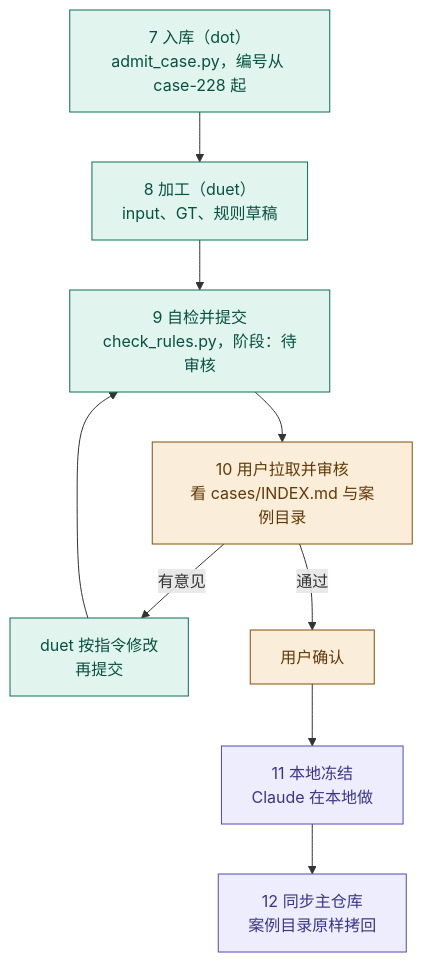
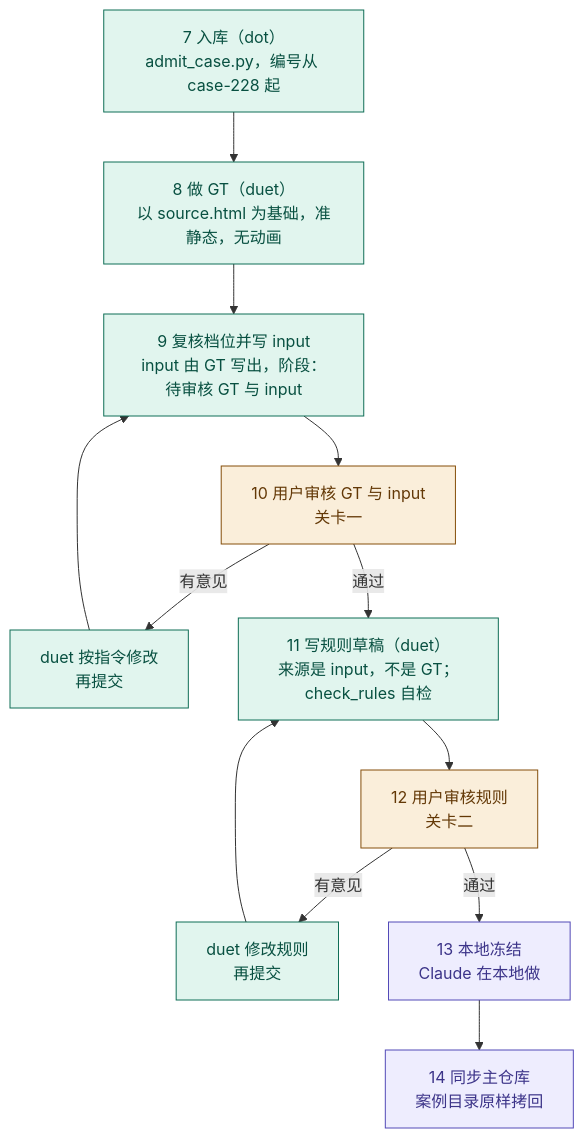
Before and after one commit to David-112233/case-collection: the second of 2 diagrams in data_intake/FLOW.md, drawn with Mermaid. The commit also changed other lines of this file and 61 other files, not shown here.

Commit message:
更正加工顺序：来源源码 → 准静态 GT → 由 GT 写 input → 用户审核 → 规则；台账加审核关卡与档位复核

````diff
--- a/data_intake/FLOW.md
+++ b/data_intake/FLOW.md
@@ -29,18 +31,21 @@
 ```mermaid
 flowchart TD
-    H["7 入库（dot）<br/>admit_case.py，编号从 case-228 起"] --> I["8 加工（duet）<br/>input、GT、规则草稿"]
-    I --> J["9 自检并提交<br/>check_rules.py，阶段：待审核"]
-    J --> K["10 用户拉取并审核<br/>看 cases/INDEX.md 与案例目录"]
+    H["7 入库（dot）<br/>admit_case.py，编号从 case-228 起"] --> I["8 做 GT（duet）<br/>以 source.html 为基础，准静态，无动画"]
+    I --> J["9 复核档位并写 input<br/>input 由 GT 写出，阶段：待审核 GT 与 input"]
+    J --> K["10 用户审核 GT 与 input<br/>关卡一"]
     K -->|有意见| L["duet 按指令修改<br/>再提交"]
     L --> J
-    K -->|通过| M["用户确认"]
-    M --> N["11 本地冻结<br/>Claude 在本地做"]
-    N --> O["12 同步主仓库<br/>案例目录原样拷回"]
+    K -->|通过| M["11 写规则草稿（duet）<br/>来源是 input，不是 GT；check_rules 自检"]
+    M --> N["12 用户审核规则<br/>关卡二"]
+    N -->|有意见| O["duet 修改规则<br/>再提交"]
+    O --> M
+    N -->|通过| P["13 本地冻结<br/>Claude 在本地做"]
+    P --> Q["14 同步主仓库<br/>案例目录原样拷回"]
 
     classDef cloud fill:#E1F5EE,stroke:#0F6E56,color:#085041
     classDef user fill:#FAEEDA,stroke:#854F0B,color:#633806
     classDef local fill:#EEEDFE,stroke:#534AB7,color:#3C3489
-    class H,I,J,L cloud
-    class K,M user
-    class N,O local
+    class H,I,J,L,M,O cloud
+    class K,N user
+    class P,Q local
 ```
````
